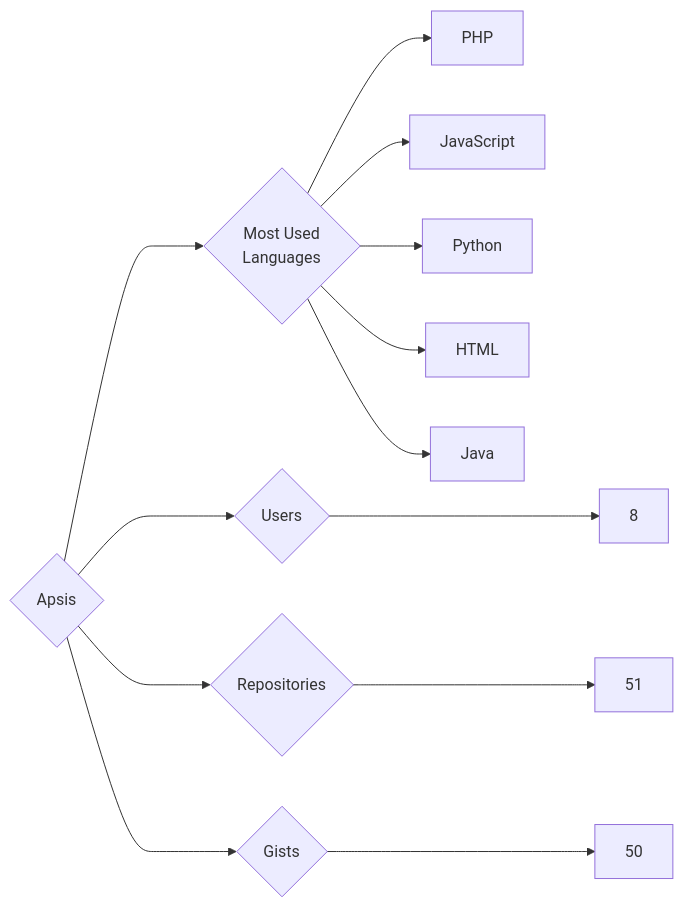
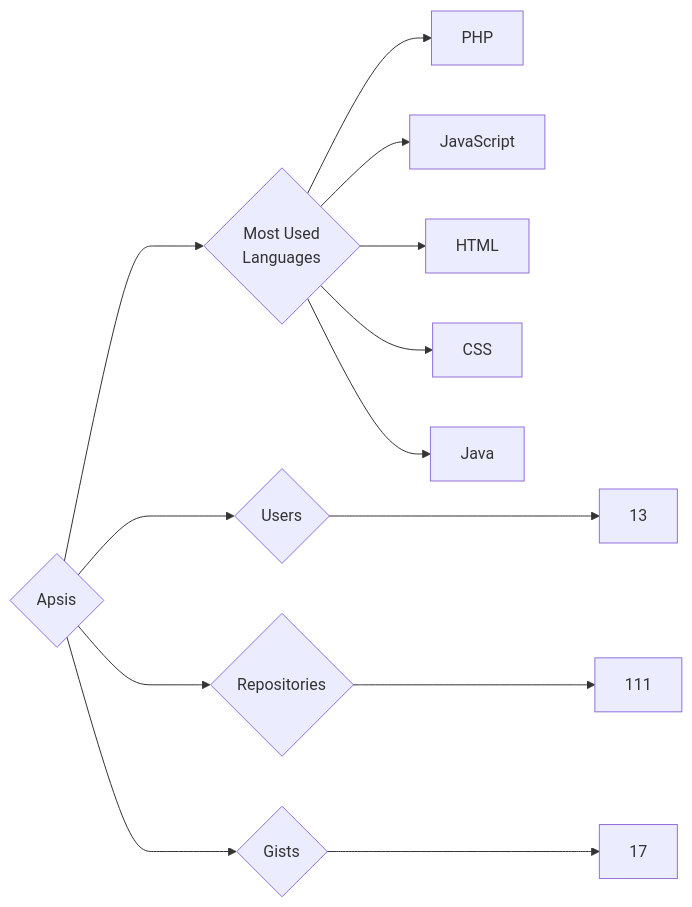
One commit to trickest/insiders changed the diagram in targets/Apsis/README.md. Above: the diagram before and after it, drawn with Mermaid. The commit also changed 951 other files, not shown here.

````diff
--- a/targets/Apsis/README.md
+++ b/targets/Apsis/README.md
@@ -3,13 +3,13 @@
 ```mermaid
 graph LR
 COMPANY_NAME{Apsis}
-COMPANY_NAME ---> U{Users} ---> UN[8]
-COMPANY_NAME ---> R{Repositories} ---> RN[51]
-COMPANY_NAME ---> G{Gists} ---> GN[50]
+COMPANY_NAME ---> U{Users} ---> UN[13]
+COMPANY_NAME ---> R{Repositories} ---> RN[111]
+COMPANY_NAME ---> G{Gists} ---> GN[17]
 COMPANY_NAME ---> ML{Most Used<br>Languages}
-ML --> PHP
-ML --> JavaScript
-ML --> Python
-ML --> HTML
-ML --> Java
+ML --> PHP[PHP]
+ML --> JavaScript[JavaScript]
+ML --> HTML[HTML]
+ML --> CSS[CSS]
+ML --> Java[Java]
 ```
````
